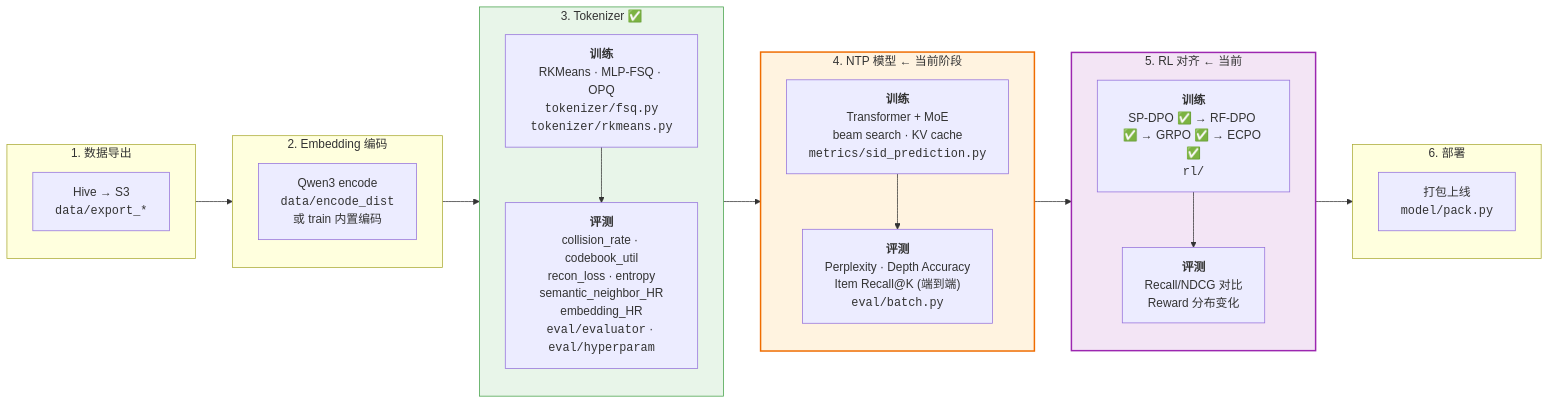
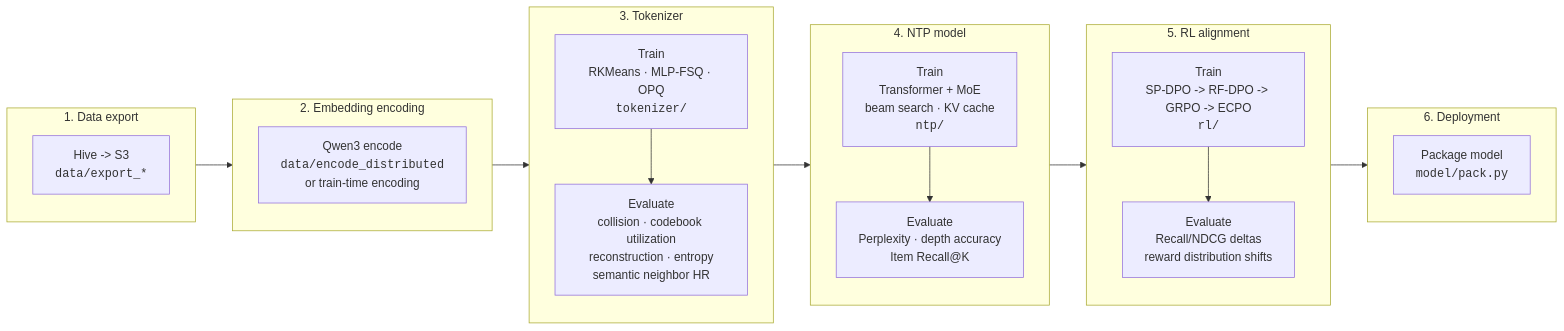
The diagram in README.md (yzq986/nanoGenRec), drawn with Mermaid before and after one commit. The commit also changed other lines of this file and 11 other files, not shown here.

````diff
--- a/README.md
+++ b/README.md
@@ -26,40 +28,31 @@
 ```mermaid
 graph LR
-    subgraph S1 ["1. 数据导出"]
-        D1[Hive → S3<br><code>data/export_*</code>]
+    subgraph S1 ["1. Data export"]
+        D1[Hive -> S3<br><code>data/export_*</code>]
     end
-    subgraph S2 ["2. Embedding 编码"]
-        D2[Qwen3 encode<br><code>data/encode_dist</code><br>或 train 内置编码]
+    subgraph S2 ["2. Embedding encoding"]
+        D2[Qwen3 encode<br><code>data/encode_distributed</code><br>or train-time encoding]
     end
-
-    subgraph S3 ["3. Tokenizer ✅"]
+    subgraph S3 ["3. Tokenizer"]
         direction TB
-        T_TRAIN["<b>训练</b><br>RKMeans · MLP-FSQ · OPQ<br><code>tokenizer/fsq.py</code><br><code>tokenizer/rkmeans.py</code>"]
-        T_EVAL["<b>评测</b><br>collision_rate · codebook_util<br>recon_loss · entropy<br>semantic_neighbor_HR<br>embedding_HR<br><code>eval/evaluator</code> · <code>eval/hyperparam</code>"]
+        T_TRAIN["Train<br>RKMeans · MLP-FSQ · OPQ<br><code>tokenizer/</code>"]
+        T_EVAL["Evaluate<br>collision · codebook utilization<br>reconstruction · entropy<br>semantic neighbor HR"]
         T_TRAIN --> T_EVAL
     end
-
-    subgraph S4 ["4. NTP 模型 ← 当前阶段"]
+    subgraph S4 ["4. NTP model"]
         direction TB
-        N_TRAIN["<b>训练</b><br>Transformer + MoE<br>beam search · KV cache<br><code>metrics/sid_prediction.py</code>"]
-        N_EVAL["<b>评测</b><br>Perplexity · Depth Accuracy<br>Item Recall@K (端到端)<br><code>eval/batch.py</code>"]
+        N_TRAIN["Train<br>Transformer + MoE<br>beam search · KV cache<br><code>ntp/</code>"]
+        N_EVAL["Evaluate<br>Perplexity · depth accuracy<br>Item Recall@K"]
         N_TRAIN --> N_EVAL
     end
-
-    subgraph S5 ["5. RL 对齐 ← 当前"]
+    subgraph S5 ["5. RL alignment"]
         direction TB
-        R_TRAIN["<b>训练</b><br>SP-DPO ✅ → RF-DPO ✅ → GRPO ✅ → ECPO ✅<br><code>rl/</code>"]
-        R_EVAL["<b>评测</b><br>Recall/NDCG 对比<br>Reward 分布变化"]
+        R_TRAIN["Train<br>SP-DPO -> RF-DPO -> GRPO -> ECPO<br><code>rl/</code>"]
+        R_EVAL["Evaluate<br>Recall/NDCG deltas<br>reward distribution shifts"]
         R_TRAIN --> R_EVAL
     end
-
-    subgraph S6 ["6. 部署"]
-        D5["打包上线<br><code>model/pack.py</code>"]
+    subgraph S6 ["6. Deployment"]
+        D5["Package model<br><code>model/pack.py</code>"]
     end
-
     S1 --> S2 --> S3 --> S4 --> S5 --> S6
-
-    style S3 fill:#e8f5e9,stroke:#43a047
-    style S4 fill:#fff3e0,stroke:#ef6c00,stroke-width:2px
-    style S5 fill:#f3e5f5,stroke:#9c27b0,stroke-width:2px
 ```
````
